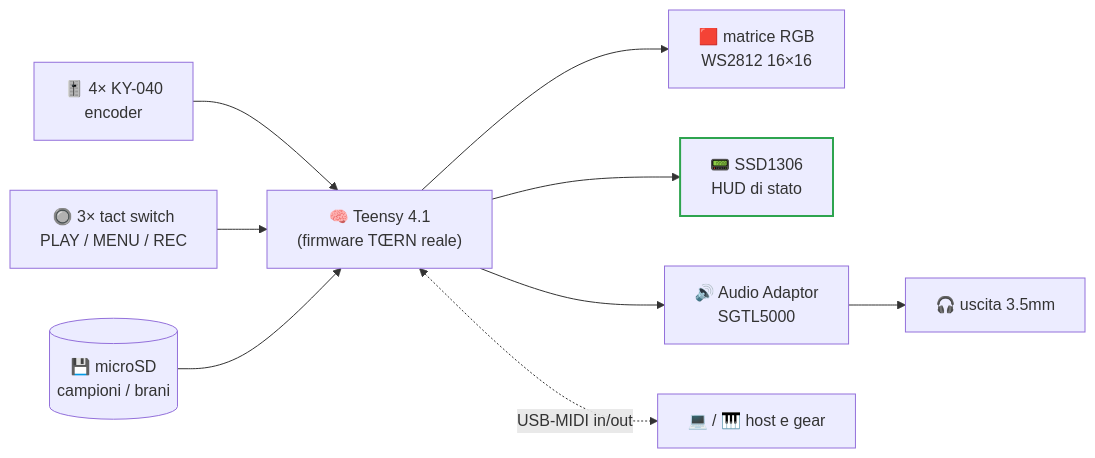
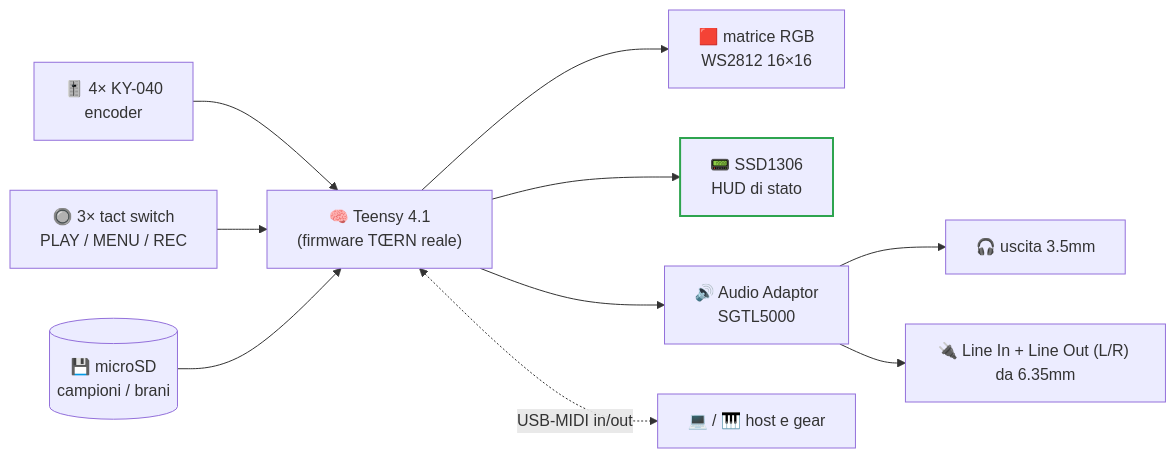
One commit to luigismith/ichosynth changed the first of 2 diagrams in README.it.md. Above: the diagram before and after it, drawn with Mermaid. The commit also changed other lines of this file and 16 other files, not shown here.

First line of the commit message:
Add Line In/Out on 6.35mm mono jacks (+ keep 3.5mm headphone)

````diff
--- a/README.it.md
+++ b/README.it.md
@@ -137,13 +140,14 @@
 ```mermaid
 flowchart LR
     ENC["🎚️ 4× KY-040<br/>encoder"] --> T["🧠 Teensy 4.1<br/>(firmware TŒRN reale)"]
     BTN["🔘 3× tact switch<br/>PLAY / MENU / REC"] --> T
     SD[("💾 microSD<br/>campioni / brani")] --> T
     T --> LED["🟥 matrice RGB<br/>WS2812 16×16"]
     T --> OLED["📟 SSD1306<br/>HUD di stato"]
     T --> AUDIO["🔊 Audio Adaptor<br/>SGTL5000"]
     AUDIO --> JACK["🎧 uscita 3.5mm"]
+    AUDIO --> LINE["🔌 Line In + Line Out (L/R) da 6.35mm"]
     T <-. "USB-MIDI in/out" .-> HOST["💻 / 🎹 host e gear"]
 
     style OLED stroke:#2ea44f,stroke-width:2px
 ```
````
